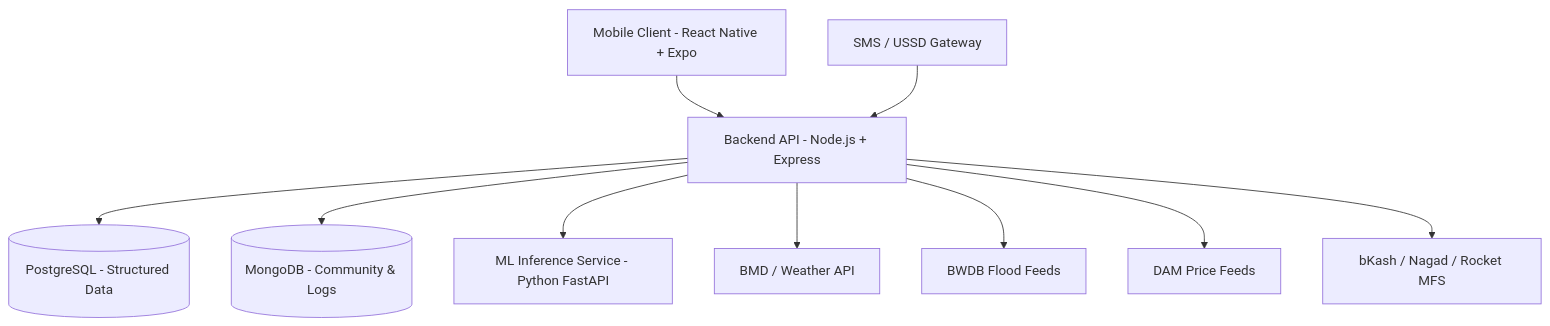
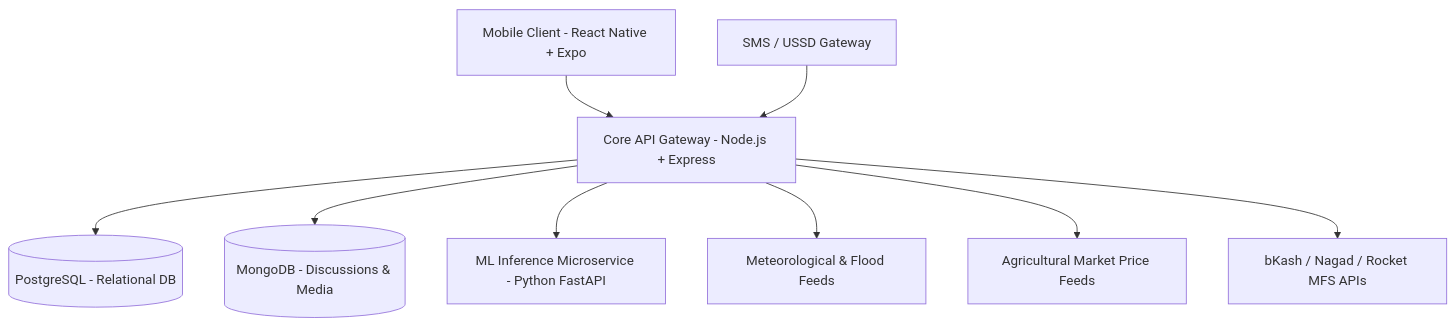
Before and after one commit to mayb3-m3/KrishiSathi: the diagram in README.md, drawn with Mermaid. The commit also changed other lines of this file, not shown here.

````diff
--- a/README.md
+++ b/README.md
@@ -58,14 +59,13 @@
 ```mermaid
 graph TD
-    UserApp[Mobile Client - React Native + Expo] --> API[Backend API - Node.js + Express]
+    UserApp[Mobile Client - React Native + Expo] --> API[Core API Gateway - Node.js + Express]
     FeaturePhone[SMS / USSD Gateway] --> API
     
-    API --> Postgres[(PostgreSQL - Structured Data)]
-    API --> Mongo[(MongoDB - Community & Logs)]
-    API --> ML[ML Inference Service - Python FastAPI]
+    API --> Postgres[(PostgreSQL - Relational DB)]
+    API --> Mongo[(MongoDB - Discussions & Media)]
+    API --> ML[ML Inference Microservice - Python FastAPI]
     
-    API --> WeatherExt[BMD / Weather API]
-    API --> FloodExt[BWDB Flood Feeds]
-    API --> DAMPrice[DAM Price Feeds]
-    API --> MFSExt[bKash / Nagad / Rocket MFS]
+    API --> WeatherExt[Meteorological & Flood Feeds]
+    API --> DAMPrice[Agricultural Market Price Feeds]
+    API --> MFSExt[bKash / Nagad / Rocket MFS APIs]
 ```
````
